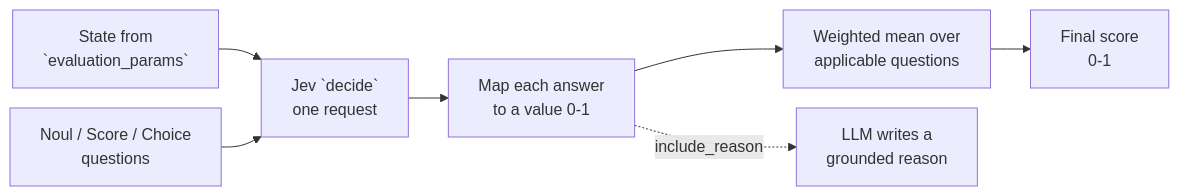
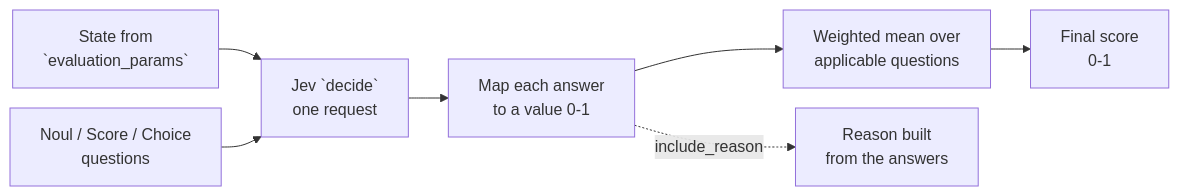
One commit to confident-ai/deepeval changed the diagram in docs/content/docs/(custom)/metrics-jev-eval.mdx. Above: the diagram before and after it, drawn with Mermaid. The commit also changed other lines of this file and 237 other files, not shown here.

````diff
--- a/docs/content/docs/(custom)/metrics-jev-eval.mdx
+++ b/docs/content/docs/(custom)/metrics-jev-eval.mdx
@@ -278,10 +281,10 @@
 ```mermaid
 %%{init: {'flowchart': {'nodeSpacing': 20, 'rankSpacing': 40, 'fontSize': 11}}}%%
 flowchart LR
     S[State from<br>`evaluation_params`] --> D[Jev `decide`<br>one request]
     Q[Noul / Score / Choice<br>questions] --> D
     D --> V[Map each answer<br>to a value 0-1]
     V --> W[Weighted mean over<br>applicable questions]
     W --> F[Final score<br>0-1]
-    V -.->|include_reason| R[LLM writes a<br>grounded reason]
+    V -.->|include_reason| R[Reason built<br>from the answers]
 ```
````
